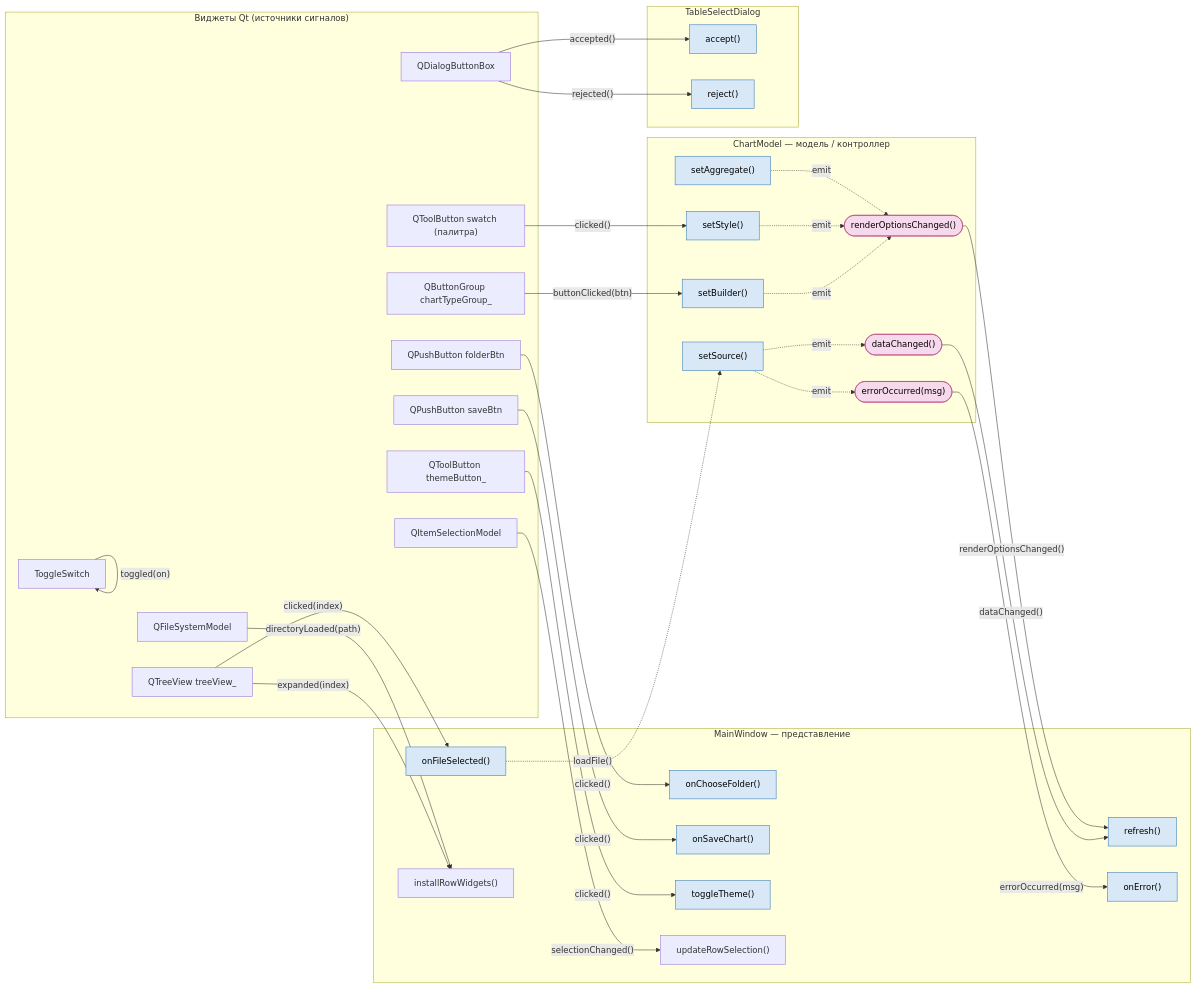
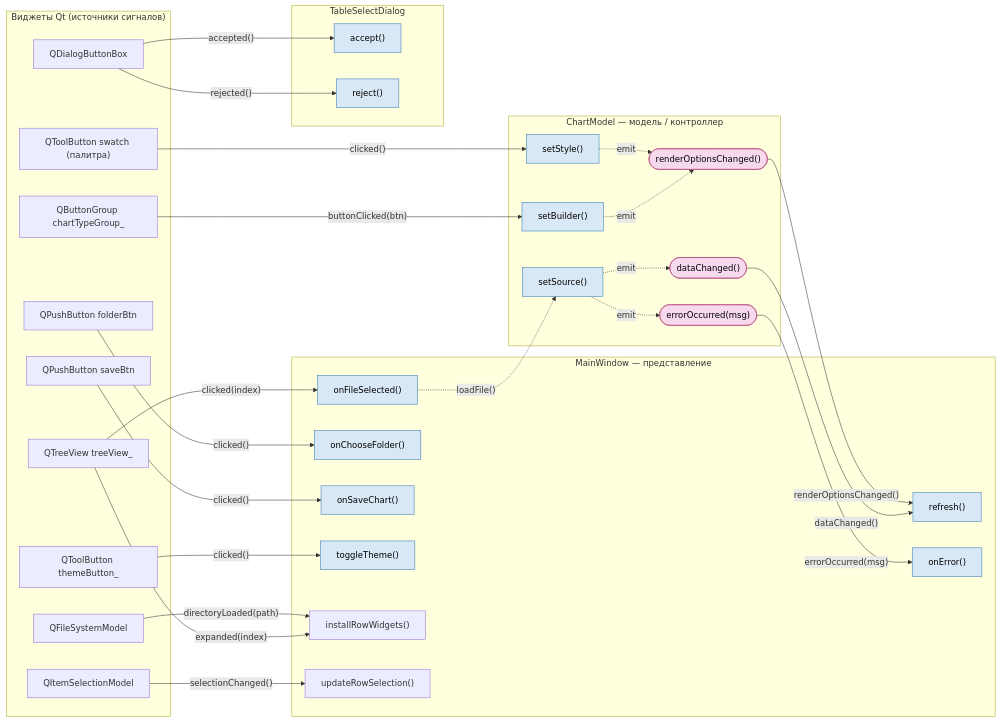
Before and after one commit to artoshechka/programming_tech_lab_3: the ninth of 9 diagrams in README.md, drawn with Mermaid. The commit also changed other lines of this file and 14 other files, not shown here.

Commit message:
cleanup: remove dead code (ToggleSwitch, setAggregate, IDatabase::Close, ILogger::GetSettings)

````diff
--- a/README.md
+++ b/README.md
@@ -724,76 +711,71 @@
 ```mermaid
 ---
 config:
   look: classic
 ---
 flowchart LR
     classDef sig fill:#f6d9ec,stroke:#b5497f,color:#000
     classDef slot fill:#d9e8f6,stroke:#2f78b5,color:#000
 
     subgraph W["Виджеты Qt (источники сигналов)"]
         tree["QTreeView treeView_"]
         folder["QPushButton folderBtn"]
         save["QPushButton saveBtn"]
         theme["QToolButton themeButton_"]
         types["QButtonGroup chartTypeGroup_"]
         swatch["QToolButton swatch (палитра)"]
         fsm["QFileSystemModel"]
         sel["QItemSelectionModel"]
-        toggle["ToggleSwitch"]
         dlgBox["QDialogButtonBox"]
     end
 
     subgraph M["ChartModel — модель / контроллер"]
         setSource["setSource()"]:::slot
         setBuilder["setBuilder()"]:::slot
         setStyle["setStyle()"]:::slot
-        setAgg["setAggregate()"]:::slot
         sigData(["dataChanged()"]):::sig
         sigOpts(["renderOptionsChanged()"]):::sig
         sigErr(["errorOccurred(msg)"]):::sig
     end
 
     subgraph V["MainWindow — представление"]
         onFile["onFileSelected()"]:::slot
         onFolder["onChooseFolder()"]:::slot
         onSave["onSaveChart()"]:::slot
         onTheme["toggleTheme()"]:::slot
         refresh["refresh()"]:::slot
         onErr["onError()"]:::slot
         instRows["installRowWidgets()"]
         updSel["updateRowSelection()"]
     end
 
     subgraph D["TableSelectDialog"]
         accept["accept()"]:::slot
         reject["reject()"]:::slot
     end
 
     tree -- "clicked(index)" --> onFile
     folder -- "clicked()" --> onFolder
     save -- "clicked()" --> onSave
     theme -- "clicked()" --> onTheme
     tree -- "expanded(index)" --> instRows
     fsm -- "directoryLoaded(path)" --> instRows
     sel -- "selectionChanged()" --> updSel
 
     types -- "buttonClicked(btn)" --> setBuilder
     swatch -- "clicked()" --> setStyle
 
     onFile -. "loadFile()" .-> setSource
 
     setSource -. emit .-> sigData
     setSource -. emit .-> sigErr
     setBuilder -. emit .-> sigOpts
     setStyle -. emit .-> sigOpts
-    setAgg -. emit .-> sigOpts
 
     sigData -- "dataChanged()" --> refresh
     sigOpts -- "renderOptionsChanged()" --> refresh
     sigErr -- "errorOccurred(msg)" --> onErr
 
     dlgBox -- "accepted()" --> accept
     dlgBox -- "rejected()" --> reject
-
-    toggle -- "toggled(on)" --> toggle
 ```
````
